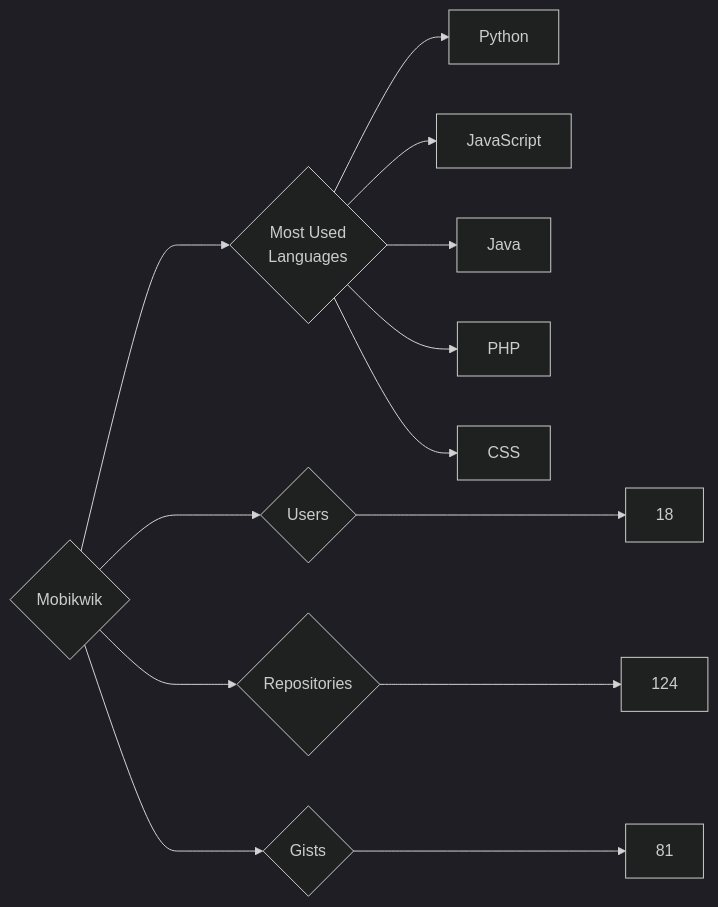
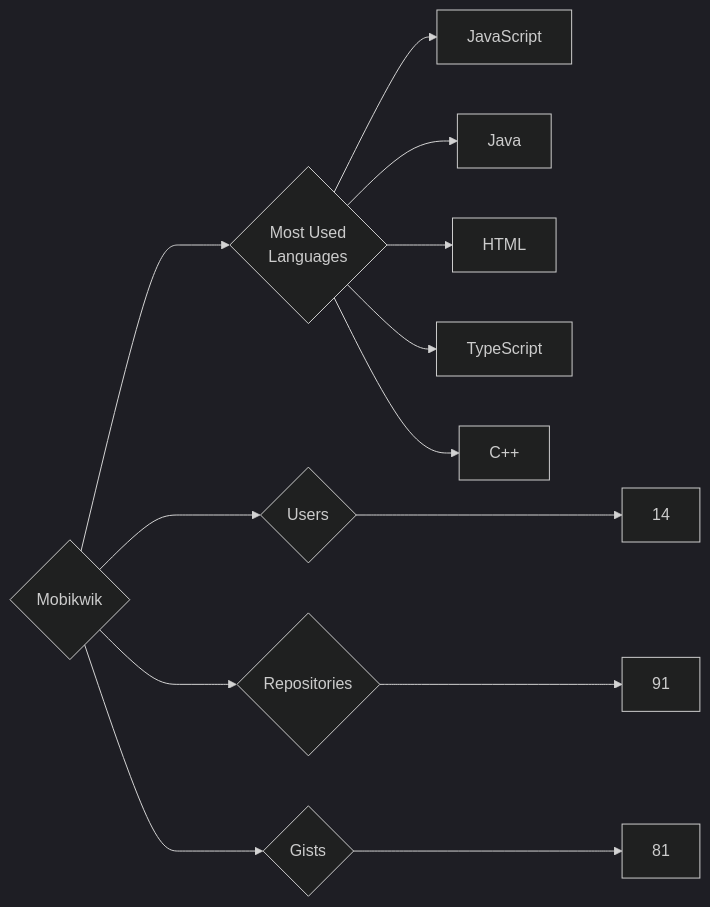
Before and after one commit to trickest/insiders: the diagram in targets/Mobikwik/README.md, drawn with Mermaid (dark theme). The commit also changed 1508 other files, not shown here.

````diff
--- a/targets/Mobikwik/README.md
+++ b/targets/Mobikwik/README.md
@@ -3,13 +3,13 @@
 ```mermaid
 graph LR
 COMPANY_NAME{Mobikwik}
-COMPANY_NAME ---> U{Users} ---> UN[18]
-COMPANY_NAME ---> R{Repositories} ---> RN[124]
+COMPANY_NAME ---> U{Users} ---> UN[14]
+COMPANY_NAME ---> R{Repositories} ---> RN[91]
 COMPANY_NAME ---> G{Gists} ---> GN[81]
 COMPANY_NAME ---> ML{Most Used<br>Languages}
-ML --> Python[Python]
 ML --> JavaScript[JavaScript]
 ML --> Java[Java]
-ML --> PHP[PHP]
-ML --> CSS[CSS]
+ML --> HTML[HTML]
+ML --> TypeScript[TypeScript]
+ML --> C++[C++]
 ```
````
